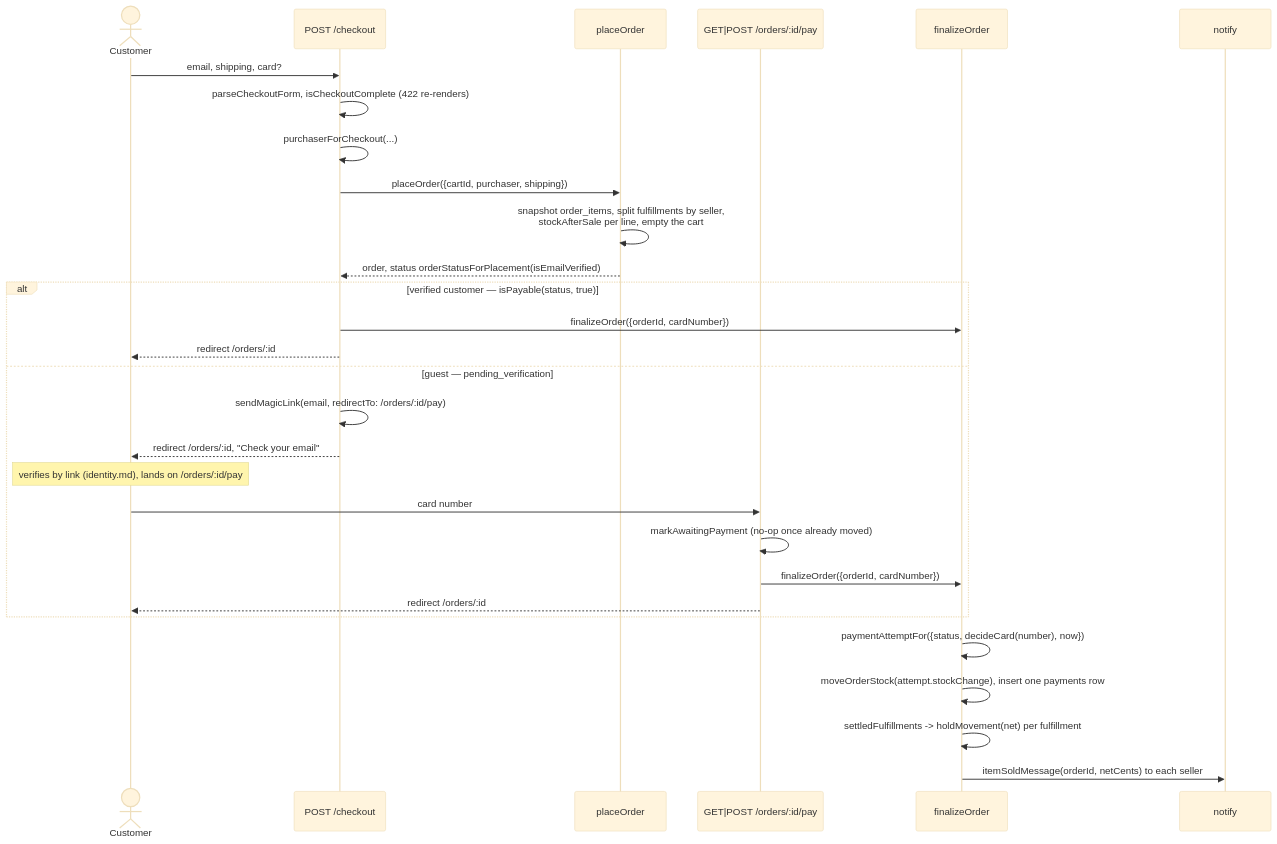
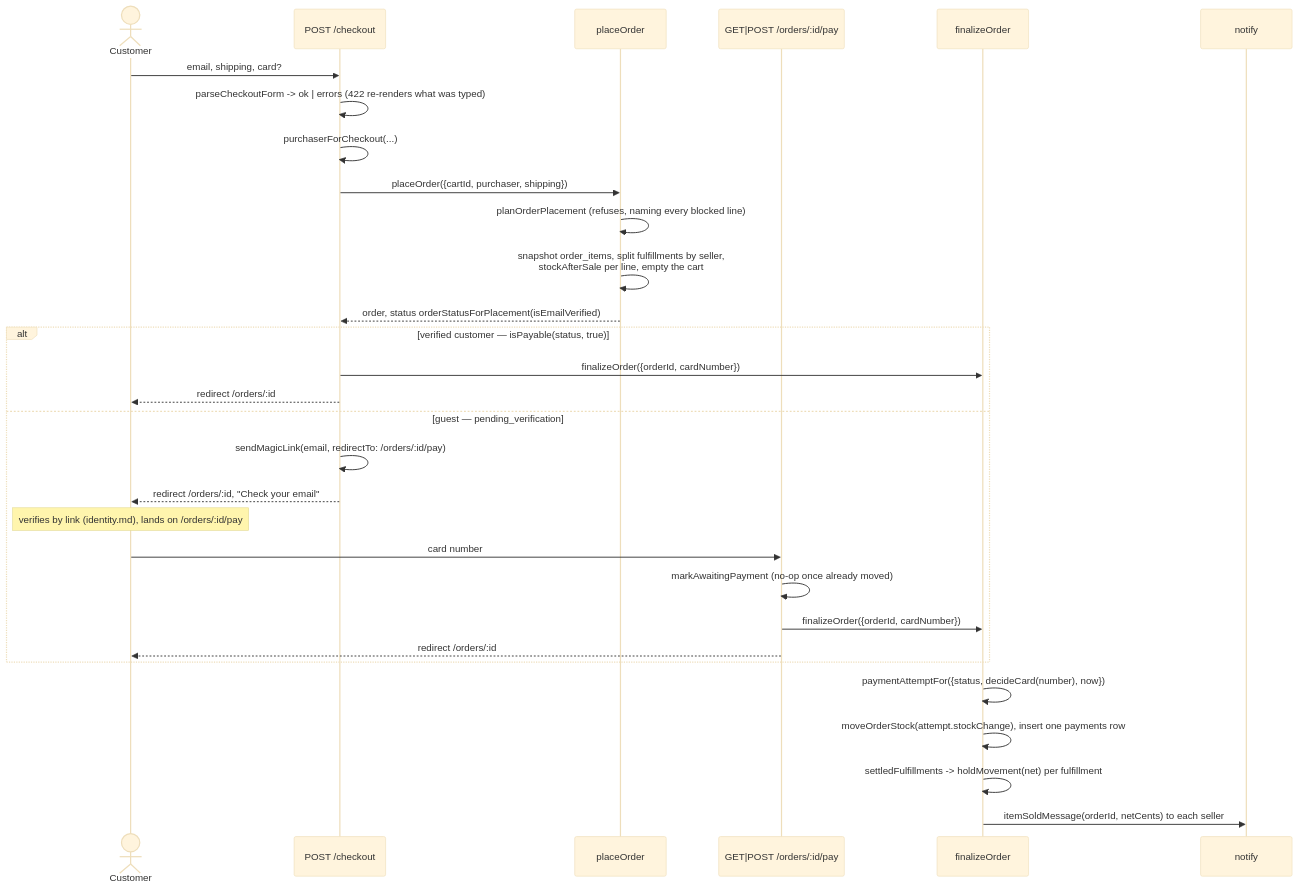
The first of 3 diagrams in prototype/node/docs/orders.md (jonathan-beebe/art-store), drawn with Mermaid (base theme) before and after one commit. The commit also changed other lines of this file and 404 other files, not shown here.

First line of the commit message:
refactor[node]: doctrine sweep — node:sqlite, route schemas, transactions, outbox, SSE, production image [NO-TICKET] (#4)

````diff
--- a/prototype/node/docs/orders.md
+++ b/prototype/node/docs/orders.md
@@ -25,34 +25,35 @@
 ```mermaid
 sequenceDiagram
     actor Customer
     participant Checkout as POST /checkout
     participant Place as placeOrder
     participant Pay as GET|POST /orders/:id/pay
     participant Finalize as finalizeOrder
     participant Notify as notify
 
     Customer->>Checkout: email, shipping, card?
-    Checkout->>Checkout: parseCheckoutForm, isCheckoutComplete (422 re-renders)
+    Checkout->>Checkout: parseCheckoutForm -> ok | errors (422 re-renders what was typed)
     Checkout->>Checkout: purchaserForCheckout(...)
     Checkout->>Place: placeOrder({cartId, purchaser, shipping})
+    Place->>Place: planOrderPlacement (refuses, naming every blocked line)
     Place->>Place: snapshot order_items, split fulfillments by seller,<br/>stockAfterSale per line, empty the cart
     Place-->>Checkout: order, status orderStatusForPlacement(isEmailVerified)
 
     alt verified customer — isPayable(status, true)
         Checkout->>Finalize: finalizeOrder({orderId, cardNumber})
         Checkout-->>Customer: redirect /orders/:id
     else guest — pending_verification
         Checkout->>Checkout: sendMagicLink(email, redirectTo: /orders/:id/pay)
         Checkout-->>Customer: redirect /orders/:id, "Check your email"
         Note over Customer: verifies by link (identity.md), lands on /orders/:id/pay
         Customer->>Pay: card number
         Pay->>Pay: markAwaitingPayment (no-op once already moved)
         Pay->>Finalize: finalizeOrder({orderId, cardNumber})
         Pay-->>Customer: redirect /orders/:id
     end
 
     Finalize->>Finalize: paymentAttemptFor({status, decideCard(number), now})
     Finalize->>Finalize: moveOrderStock(attempt.stockChange), insert one payments row
     Finalize->>Finalize: settledFulfillments -> holdMovement(net) per fulfillment
     Finalize->>Notify: itemSoldMessage(orderId, netCents) to each seller
 ```
````
